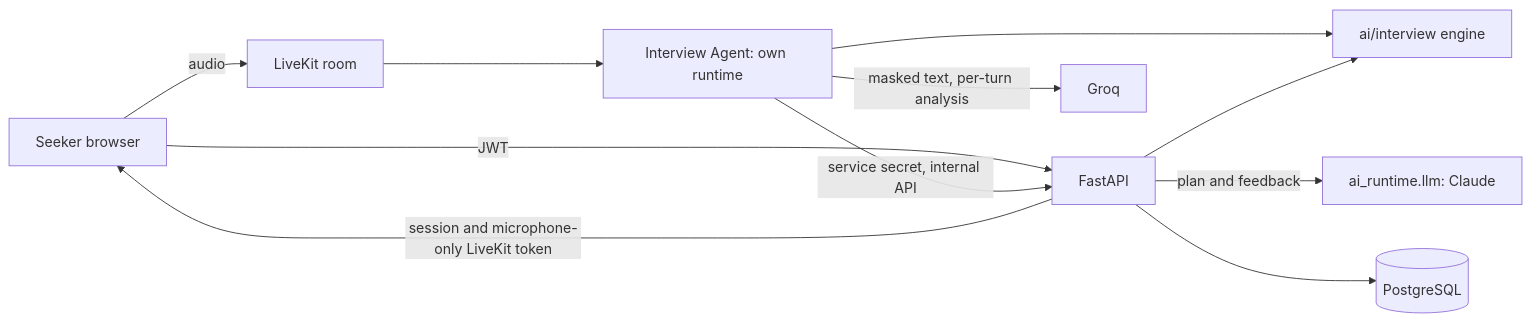
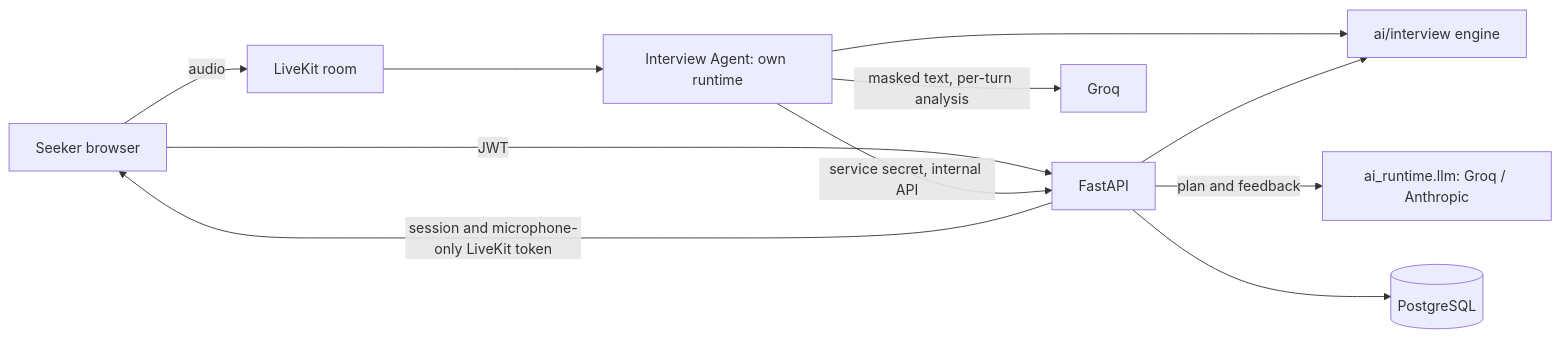
Before and after one commit to unhodrgn/CareerSync: the second of 4 diagrams in PROJECT_DOCUMENTATION.md, drawn with Mermaid. The commit also changed other lines of this file and 51 other files, not shown here.

````diff
--- a/PROJECT_DOCUMENTATION.md
+++ b/PROJECT_DOCUMENTATION.md
@@ -112,13 +112,13 @@
 ```mermaid
 flowchart LR
     SK[Seeker browser] -->|JWT| API[FastAPI]
     API -->|session and microphone-only LiveKit token| SK
     SK -->|audio| LK[LiveKit room]
     LK --> AG[Interview Agent: own runtime]
     AG -->|service secret, internal API| API
     AG --> ENG[ai/interview engine]
     AG -->|masked text, per-turn analysis| GROQ[Groq]
     API --> ENG
-    API -->|plan and feedback| LLM[ai_runtime.llm: Claude]
+    API -->|plan and feedback| LLM[ai_runtime.llm: Groq / Anthropic]
     API --> DB[(PostgreSQL)]
 ```
````
